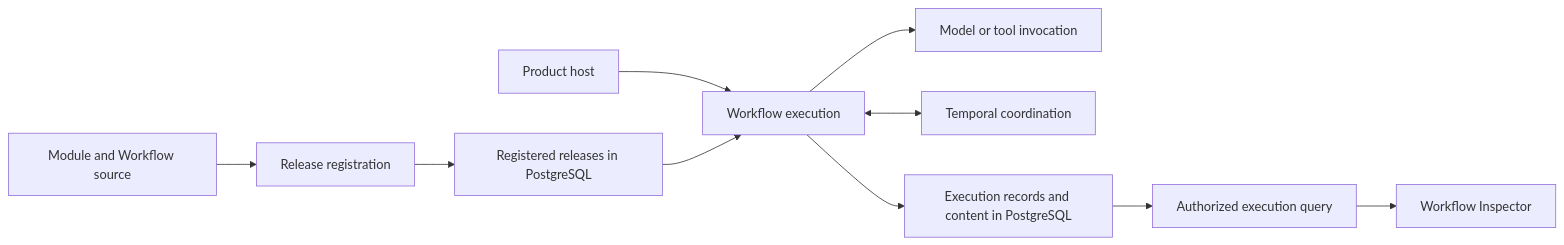
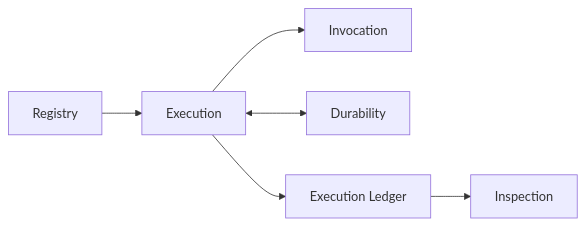
The first of 4 diagrams in README.md (bobaoai/agent_runtime), drawn with Mermaid before and after one commit. The commit also changed other lines of this file and 53 other files, not shown here.

First line of the commit message:
refactor: separate runtime architecture axes

````diff
--- a/README.md
+++ b/README.md
@@ -15,14 +18,8 @@
 ```mermaid
 flowchart LR
-    SOURCE["Module and Workflow source"] --> REGISTRY["Release registration"]
-    REGISTRY --> RELEASES["Registered releases in PostgreSQL"]
-
-    HOST["Product host"] --> EXECUTION["Workflow execution"]
-    RELEASES --> EXECUTION
-    EXECUTION --> PROVIDER["Model or tool invocation"]
-    EXECUTION <--> TEMPORAL["Temporal coordination"]
-    EXECUTION --> RECORDS["Execution records and content in PostgreSQL"]
-
-    RECORDS --> QUERY["Authorized execution query"]
-    QUERY --> REVIEW["Workflow Inspector"]
+    REGISTRY["Registry"] --> EXECUTION["Execution"]
+    EXECUTION --> INVOCATION["Invocation"]
+    EXECUTION <--> DURABILITY["Durability"]
+    EXECUTION --> LEDGER["Execution Ledger"]
+    LEDGER --> INSPECTION["Inspection"]
 ```
````
